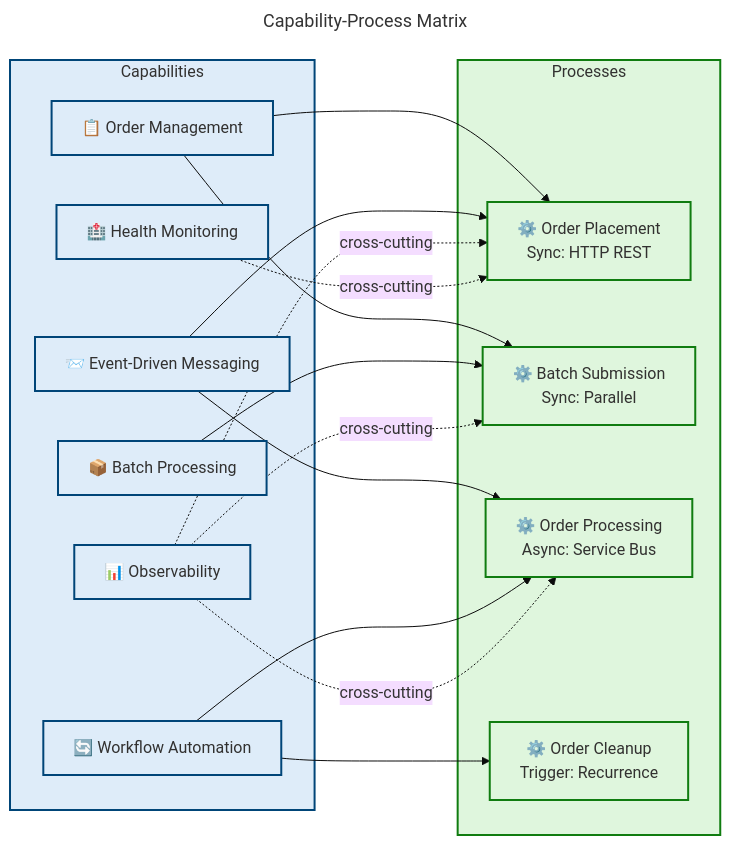
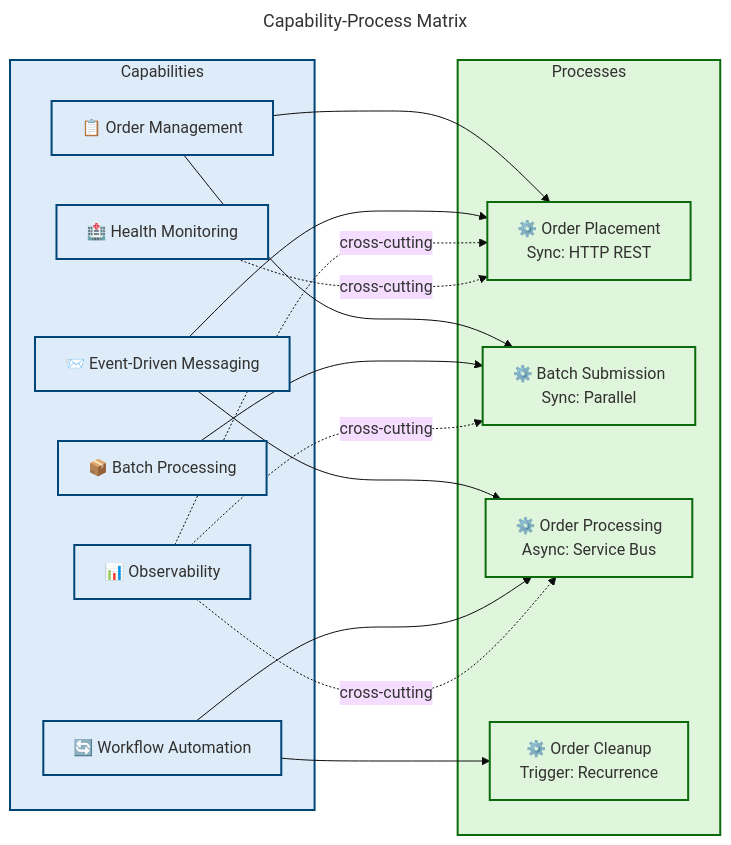
Before and after one commit to Evilazaro/Azure-LogicApps-Monitoring: diagram 12 of 13 in docs/architecture/Business-Layer-Architecture.md, drawn with Mermaid. The commit also changed other lines of this file and 3 other files, not shown here.

Commit message:
docs: update color definitions in architecture diagrams for improved clarity and consistency

````diff
--- a/docs/architecture/Business-Layer-Architecture.md
+++ b/docs/architecture/Business-Layer-Architecture.md
@@ -1472,56 +1472,56 @@
 ```mermaid
 ---
 title: "Capability-Process Matrix"
 config:
   theme: base
   themeVariables:
     fontSize: '16px'
 ---
 graph LR
     accTitle: Capability-Process Matrix
     accDescr: Shows the mapping between 6 business capabilities and their supporting processes with integration pattern annotations
 
     %% ═══════════════════════════════════════════════════════════════
     %% AZURE / FLUENT ARCHITECTURE PATTERN v1.1
     %% Generated: 2026-02-18T10:30:00Z
     %% Layer: Business
     %% Components: 10
     %% ═══════════════════════════════════════════════════════════════
 
     subgraph caps ["Capabilities"]
         c1["📋 Order Management"]
         c2["📦 Batch Processing"]
         c3["📨 Event-Driven Messaging"]
         c4["🔄 Workflow Automation"]
         c5["📊 Observability"]
         c6["🏥 Health Monitoring"]
     end
 
     subgraph procs ["Processes"]
         p1["⚙️ Order Placement<br/>Sync: HTTP REST"]
         p2["⚙️ Batch Submission<br/>Sync: Parallel"]
         p3["⚙️ Order Processing<br/>Async: Service Bus"]
         p4["⚙️ Order Cleanup<br/>Trigger: Recurrence"]
     end
 
     c1 --> p1
     c1 --> p2
     c2 --> p2
     c3 --> p1
     c3 --> p3
     c4 --> p3
     c4 --> p4
     c5 -.->|"cross-cutting"| p1
     c5 -.->|"cross-cutting"| p2
     c5 -.->|"cross-cutting"| p3
     c6 -.->|"cross-cutting"| p1
 
     style caps fill:#DEECF9,stroke:#004578,stroke-width:2px,color:#323130
-    style procs fill:#DFF6DD,stroke:#107C10,stroke-width:2px,color:#323130
+    style procs fill:#DFF6DD,stroke:#0B6A0B,stroke-width:2px,color:#323130
 
     classDef capNode fill:#DEECF9,stroke:#004578,stroke-width:2px,color:#323130
-    classDef procNode fill:#DFF6DD,stroke:#107C10,stroke-width:2px,color:#323130
+    classDef procNode fill:#DFF6DD,stroke:#0B6A0B,stroke-width:2px,color:#323130
 
     class c1,c2,c3,c4,c5,c6 capNode
     class p1,p2,p3,p4 procNode
 ```
````
